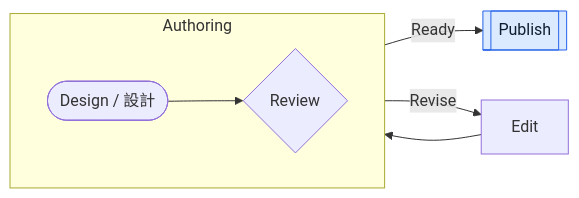
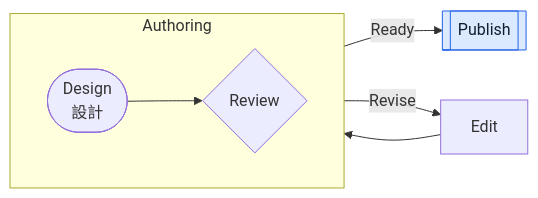
One commit to runceel/MarkdStage changed the first of 8 diagrams in docs/examples/mermaid-support.md. Above: the diagram before and after it, drawn with Mermaid. The commit also changed other lines of this file, not shown here.

Commit message:
docs: clarify requirement example text
Replace the ambiguous bilingual availability text and restore the unrelated flowchart example label.

Copilot-Session: 49f66a03-bd0c-4f42-ba50-f044024f4417

````diff
--- a/docs/examples/mermaid-support.md
+++ b/docs/examples/mermaid-support.md
@@ -29,12 +29,12 @@
 ```mermaid
 flowchart LR
     subgraph Authoring
         direction LR
-        A([Design / 設計]) --> B{Review}
+        A([Design<br/>設計]) --> B{Review}
     end
     B -->|Ready| C[[Publish]]
     B -->|Revise| D[Edit]
     D --> B
     classDef accent fill:#dbeafe,stroke:#2563eb,color:#102030
     class C accent
 ```
````
